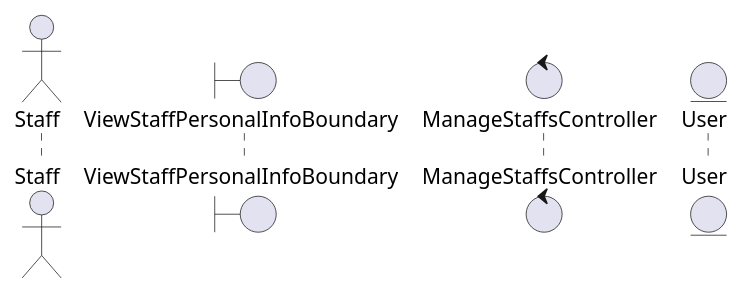
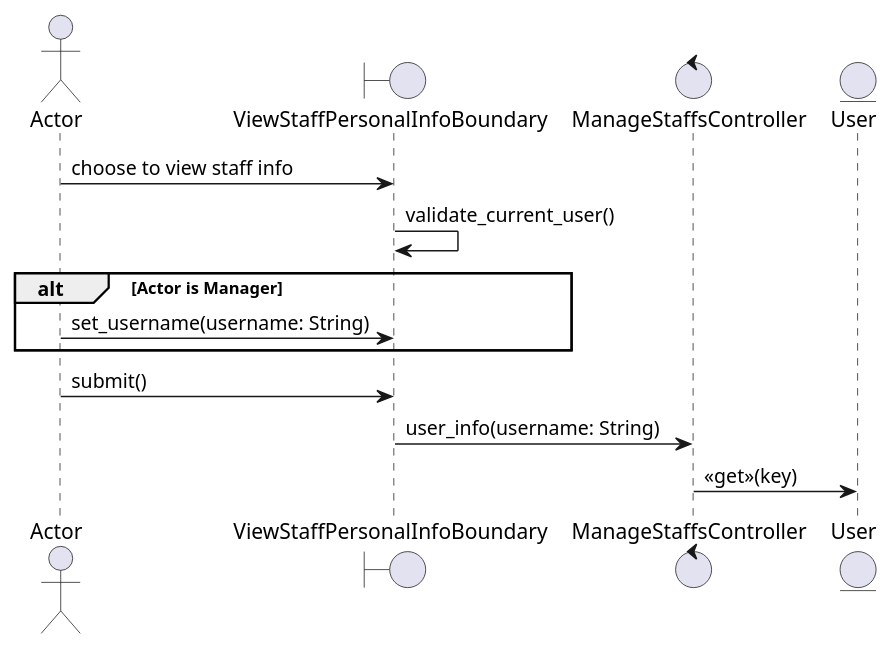
One commit to LapTQ/MCT changed the diagram in docs/UML/Sequence Diagrams/view-staff-personal-info.pu. Above: the diagram before and after it, drawn with PlantUML. The commit also changed 71 other files, not shown here.

```diff
--- a/docs/UML/Sequence Diagrams/view-staff-personal-info.pu
+++ b/docs/UML/Sequence Diagrams/view-staff-personal-info.pu
@@ -1,8 +1,22 @@
 @startuml
 
-actor Staff as A
+actor Actor as A
 boundary ViewStaffPersonalInfoBoundary as B1
 control ManageStaffsController as C
-entity User as E1
+entity User as E
+
+
+A -> B1: choose to view staff info
+B1 -> B1: validate_current_user()
+alt Actor is Manager
+    A -> B1: set_username(username: String)
+end
+A -> B1: submit()
+
+
+
+B1 -> C: user_info(username: String)
+C -> E: <<get>>(key) 
+
 
 @enduml
```
